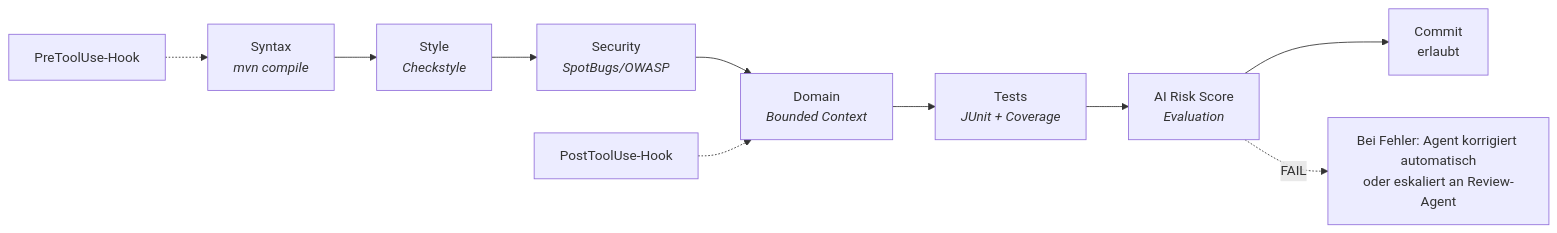
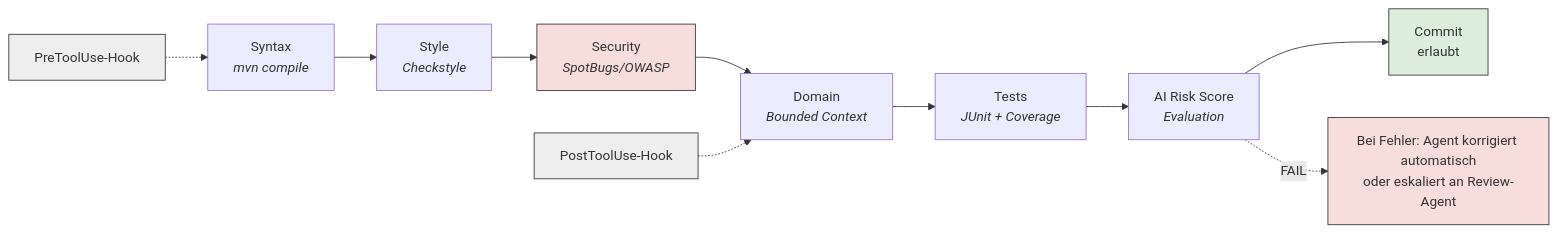
The diagram in abbildungen/abb13.mmd (mjanda0815/agentic-publikation), drawn with Mermaid before and after one commit. The commit also changed 62 other files, not shown here.

```diff
--- a/abbildungen/abb13.mmd
+++ b/abbildungen/abb13.mmd
@@ -1,11 +1,17 @@
 flowchart LR
     S1["Syntax<br/><i>mvn compile</i>"] --> S2["Style<br/><i>Checkstyle</i>"]
     S2 --> S3["Security<br/><i>SpotBugs/OWASP</i>"]
     S3 --> S4["Domain<br/><i>Bounded Context</i>"]
     S4 --> S5["Tests<br/><i>JUnit + Coverage</i>"]
     S5 --> S6["AI Risk Score<br/><i>Evaluation</i>"]
     S6 --> OK["Commit<br/>erlaubt"]
     PRE["PreToolUse-Hook"] -.-> S1
     POST["PostToolUse-Hook"] -.-> S4
     FB["Bei Fehler: Agent korrigiert automatisch<br/>oder eskaliert an Review-Agent"]
     S6 -. "FAIL" .-> FB
+    classDef sec fill:#f8dddd,stroke:#333333
+    classDef ok fill:#ddeedd,stroke:#333333
+    classDef hook fill:#eeeeee,stroke:#333333
+    class S3,FB sec
+    class OK ok
+    class PRE,POST hook
```
